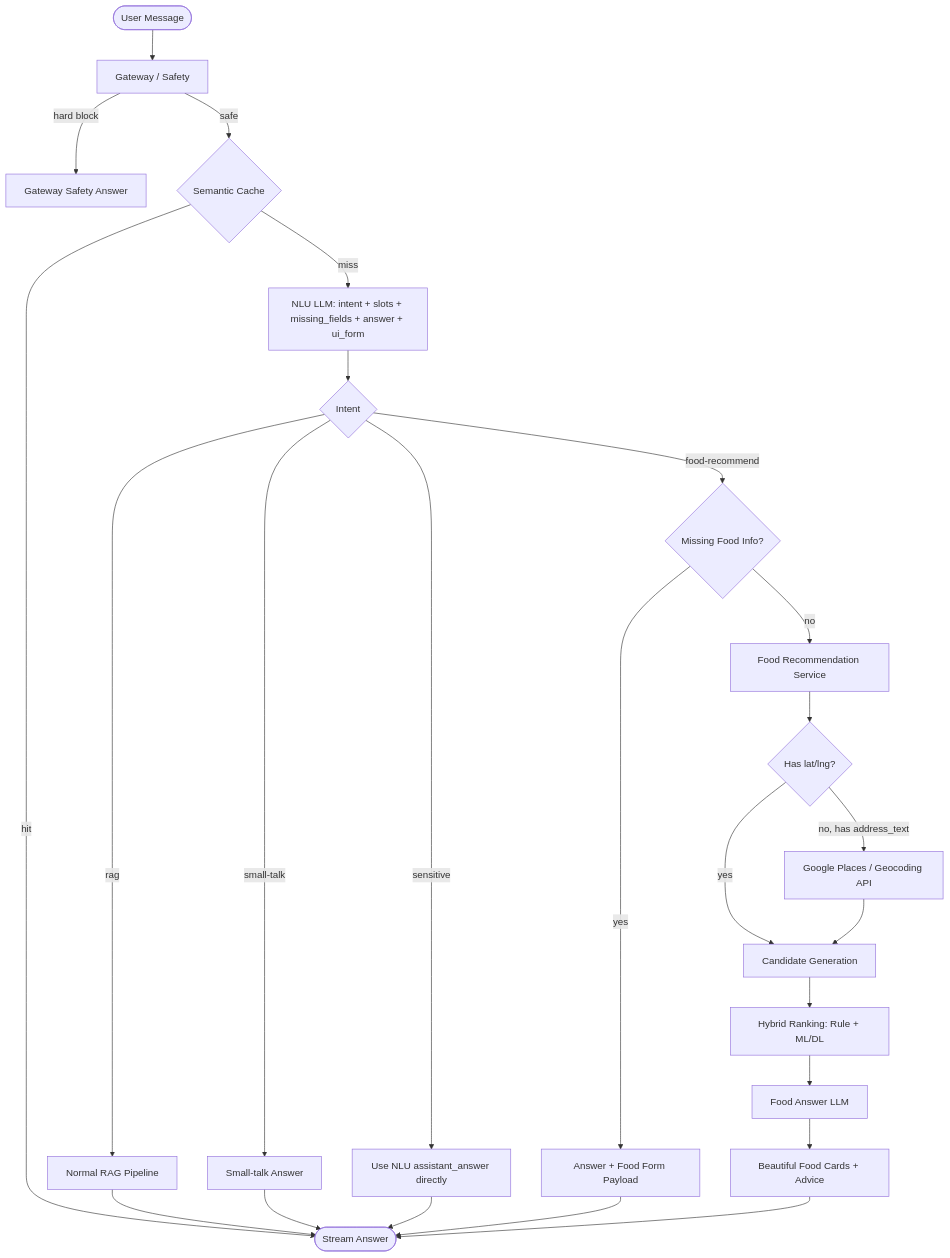
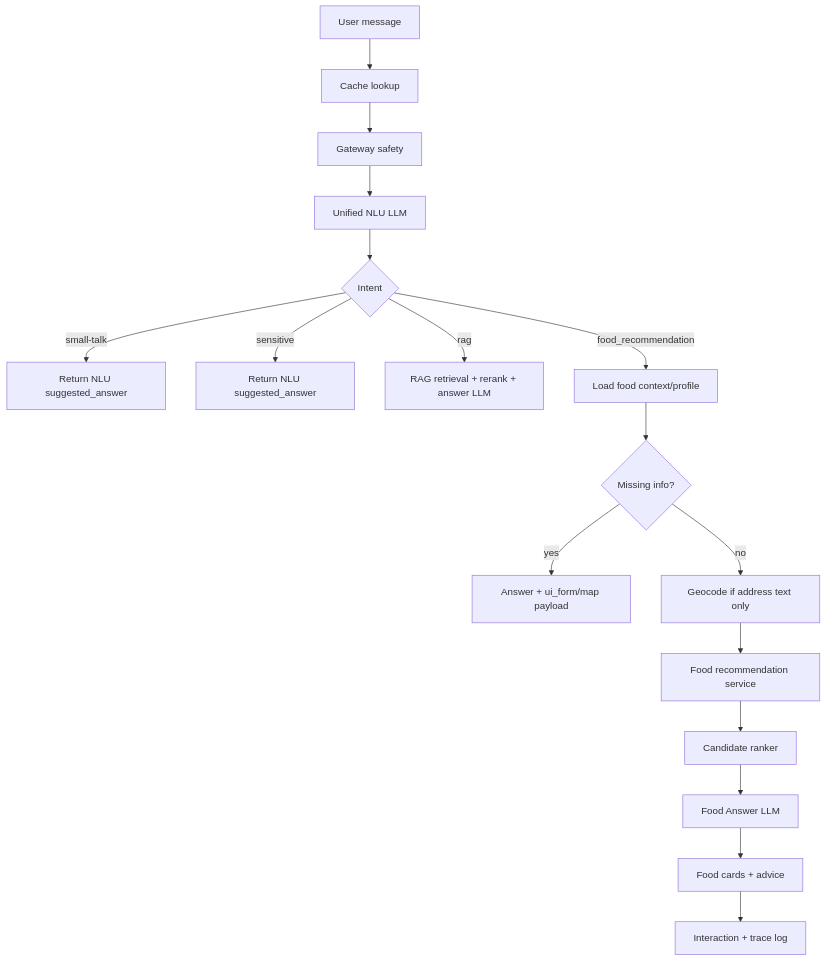
The diagram in docs/FOOD_RECOMMENDATION_GUIDE.md (dungltcn272/XANH_SM_AI_ASSISTANT_V1), drawn with Mermaid before and after one commit. The commit also changed other lines of this file and 5 other files, not shown here.

````diff
--- a/docs/FOOD_RECOMMENDATION_GUIDE.md
+++ b/docs/FOOD_RECOMMENDATION_GUIDE.md
@@ -650,31 +16,19 @@
 ```mermaid
 flowchart TD
-    U([User Message]) --> G[Gateway / Safety]
-    G -- hard block --> Safe[Gateway Safety Answer]
-    G -- safe --> Cache{Semantic Cache}
-    Cache -- hit --> Out([Stream Answer])
-    Cache -- miss --> NLU[NLU LLM: intent + slots + missing_fields + answer + ui_form]
-
-    NLU --> Intent{Intent}
-    Intent -- rag --> RAG[Normal RAG Pipeline]
-    Intent -- small-talk --> Small[Small-talk Answer]
-    Intent -- sensitive --> NluSafe[Use NLU assistant_answer directly]
-    Intent -- food-recommend --> Need{Missing Food Info?}
-
-    Need -- yes --> Ask[Answer + Food Form Payload]
-    Need -- no --> Rec[Food Recommendation Service]
-
-    Rec --> Geo{Has lat/lng?}
-    Geo -- no, has address_text --> Google[Google Places / Geocoding API]
-    Geo -- yes --> Candidates[Candidate Generation]
-    Google --> Candidates
-    Candidates --> Rank[Hybrid Ranking: Rule + ML/DL]
-    Rank --> FoodLLM[Food Answer LLM]
-    FoodLLM --> FoodCards[Beautiful Food Cards + Advice]
-
-    RAG --> Out
-    Small --> Out
-    NluSafe --> Out
-    Ask --> Out
-    FoodCards --> Out
+    U[User message] --> C[Cache lookup]
+    C --> G[Gateway safety]
+    G --> N[Unified NLU LLM]
+    N --> I{Intent}
+    I -- small-talk --> ST[Return NLU suggested_answer]
+    I -- sensitive --> SE[Return NLU suggested_answer]
+    I -- rag --> RAG[RAG retrieval + rerank + answer LLM]
+    I -- food_recommendation --> FC[Load food context/profile]
+    FC --> M{Missing info?}
+    M -- yes --> FORM[Answer + ui_form/map payload]
+    M -- no --> GEO[Geocode if address text only]
+    GEO --> REC[Food recommendation service]
+    REC --> RANK[Candidate ranker]
+    RANK --> FLLM[Food Answer LLM]
+    FLLM --> CARD[Food cards + advice]
+    CARD --> LOG[Interaction + trace log]
 ```
````
